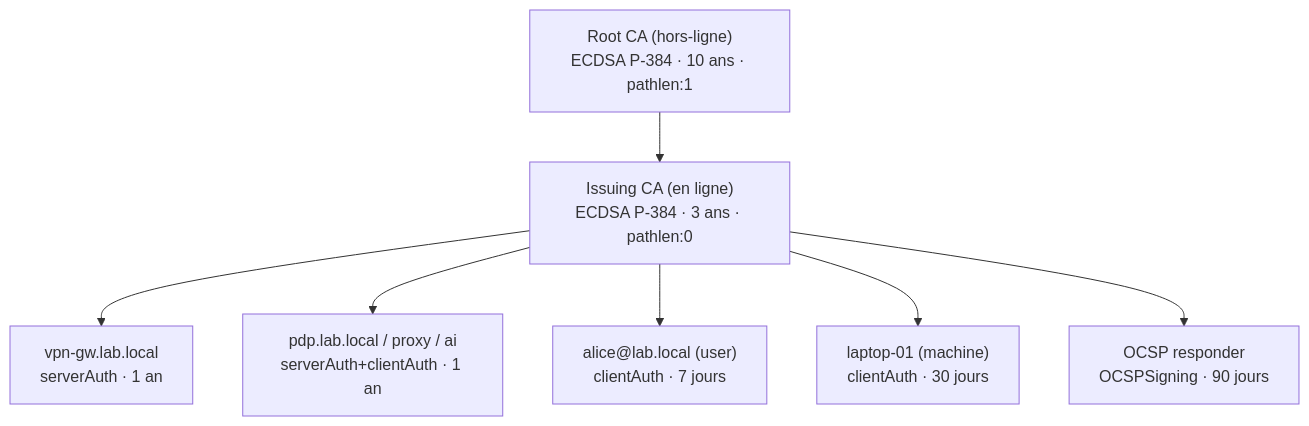
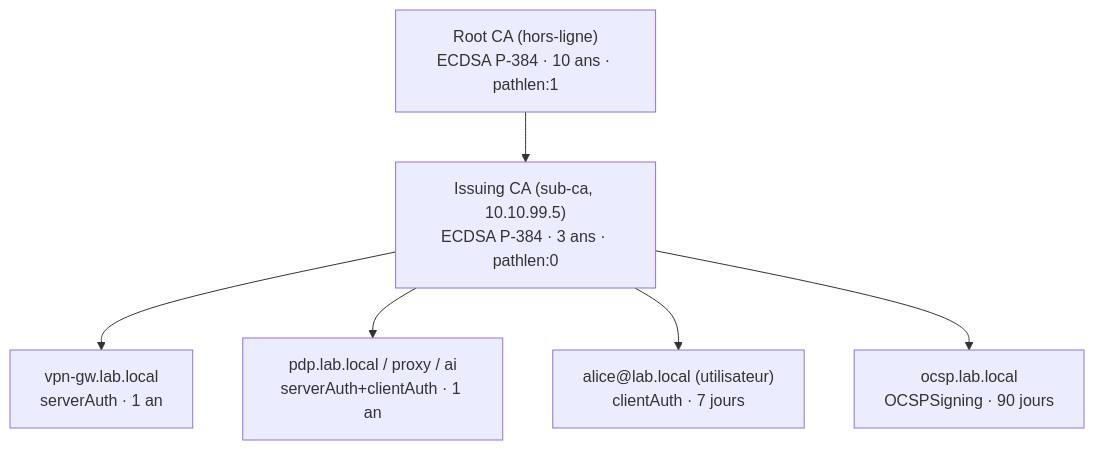
The diagram in docs/04-pki.md (Ahmed1-Rebai/ZT-PKI-AI), drawn with Mermaid before and after one commit. The commit also changed other lines of this file and 105 other files, not shown here.

````diff
--- a/docs/04-pki.md
+++ b/docs/04-pki.md
@@ -5,16 +5,14 @@
 ```mermaid
 flowchart TB
   R["Root CA (hors-ligne)<br/>ECDSA P-384 · 10 ans · pathlen:1"]
-  I["Issuing CA (en ligne)<br/>ECDSA P-384 · 3 ans · pathlen:0"]
+  I["Issuing CA (sub-ca, 10.10.99.5)<br/>ECDSA P-384 · 3 ans · pathlen:0"]
   S1["vpn-gw.lab.local<br/>serverAuth · 1 an"]
   S2["pdp.lab.local / proxy / ai<br/>serverAuth+clientAuth · 1 an"]
-  U["alice@lab.local (user)<br/>clientAuth · 7 jours"]
-  M["laptop-01 (machine)<br/>clientAuth · 30 jours"]
-  O["OCSP responder<br/>OCSPSigning · 90 jours"]
+  U["alice@lab.local (utilisateur)<br/>clientAuth · 7 jours"]
+  O["ocsp.lab.local<br/>OCSPSigning · 90 jours"]
   R --> I
   I --> S1
   I --> S2
   I --> U
-  I --> M
   I --> O
 ```
````
